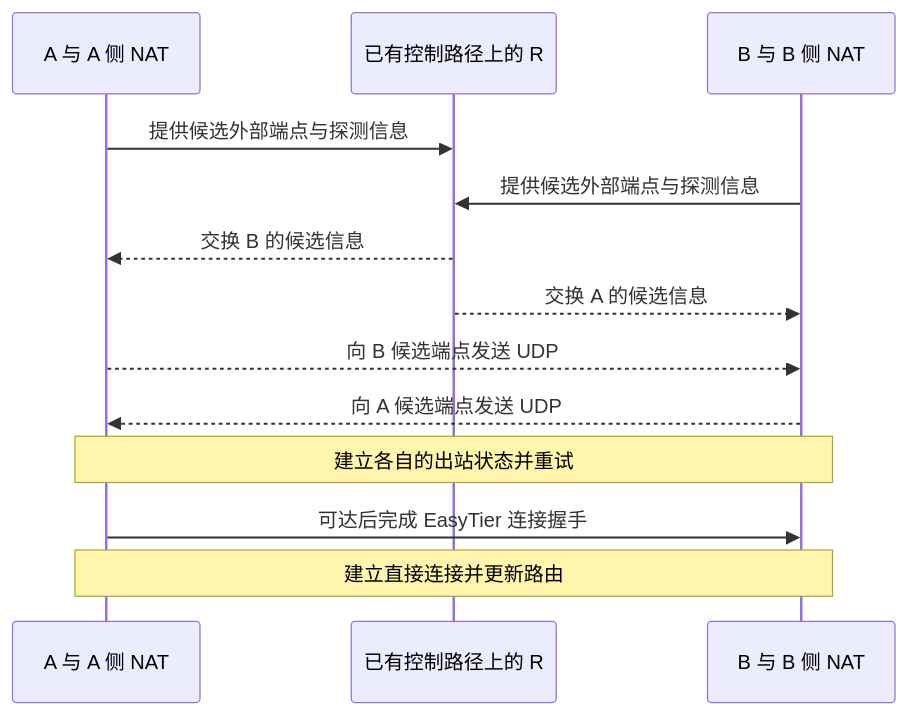
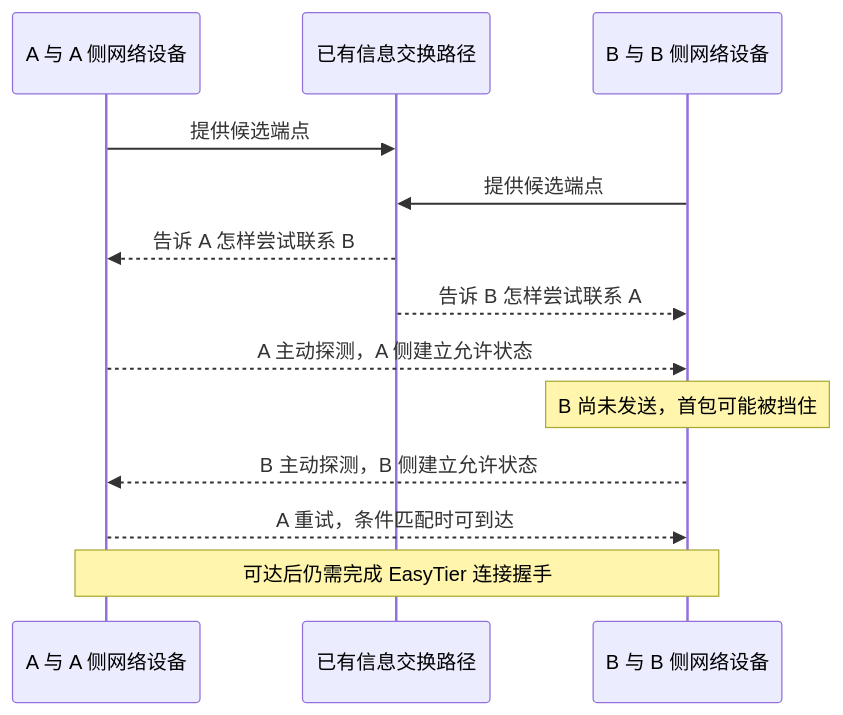
Before and after one commit to sonofmagic/easytier-docs: the diagram in apps/website/chapters/11-hole-punch.md, drawn with Mermaid. The commit also changed other lines of this file and 59 other files, not shown here.

Commit message:
docs: rebuild EasyTier course for network beginners

````diff
--- a/apps/website/chapters/11-hole-punch.md
+++ b/apps/website/chapters/11-hole-punch.md
@@ -28,15 +39,15 @@
 ```mermaid
 sequenceDiagram
-  participant A as A 与 A 侧 NAT
-  participant R as 已有控制路径上的 R
-  participant B as B 与 B 侧 NAT
-  A->>R: 提供候选外部端点与探测信息
-  B->>R: 提供候选外部端点与探测信息
-  R-->>A: 交换 B 的候选信息
-  R-->>B: 交换 A 的候选信息
-  A-->>B: 向 B 候选端点发送 UDP
-  B-->>A: 向 A 候选端点发送 UDP
-  Note over A,B: 建立各自的出站状态并重试
-  A->>B: 可达后完成 EasyTier 连接握手
-  Note over A,B: 建立直接连接并更新路由
+  participant A as A 与 A 侧网络设备
+  participant R as 已有信息交换路径
+  participant B as B 与 B 侧网络设备
+  A->>R: 提供候选端点
+  B->>R: 提供候选端点
+  R-->>A: 告诉 A 怎样尝试联系 B
+  R-->>B: 告诉 B 怎样尝试联系 A
+  A-->>B: A 主动探测，A 侧建立允许状态
+  Note over B: B 尚未发送，首包可能被挡住
+  B-->>A: B 主动探测，B 侧建立允许状态
+  A-->>B: A 重试，条件匹配时可到达
+  Note over A,B: 可达后仍需完成 EasyTier 连接握手
 ```
````
